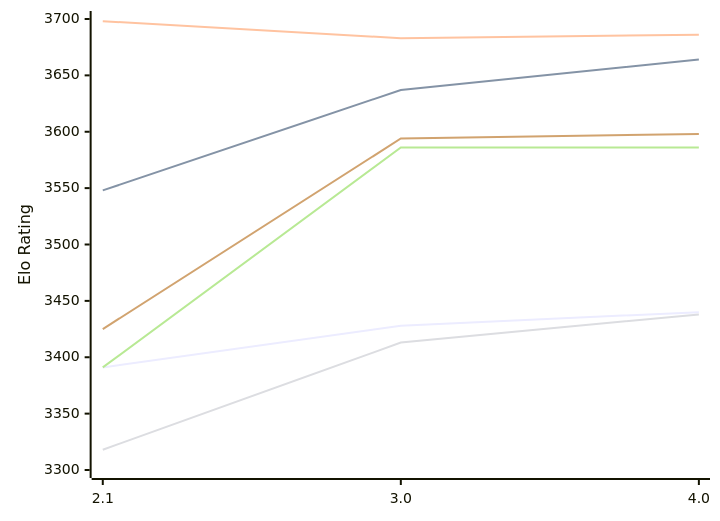
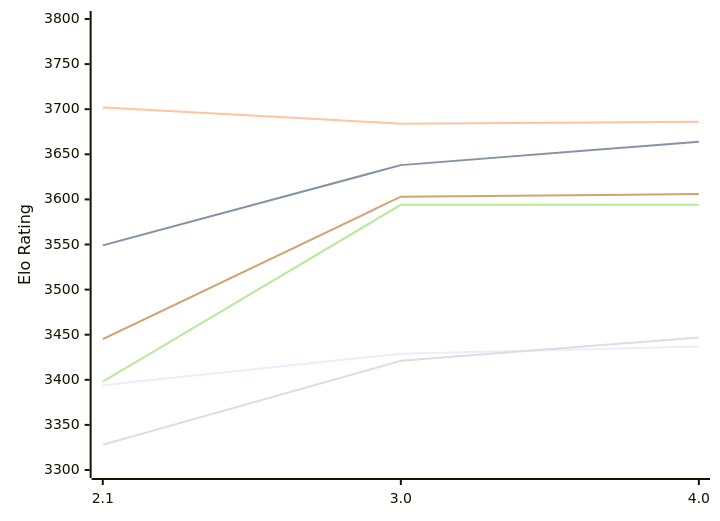
Before and after one commit to computer-chess-index/cci: the first of 2 diagrams in engines/Hobbes.md, drawn with Mermaid. The commit also changed other lines of this file, not shown here.

Commit message:
Update CCI Ratings (ELO VLTC) - 2026-11-25

````diff
--- a/engines/Hobbes.md
+++ b/engines/Hobbes.md
@@ -53,12 +53,12 @@
 ```mermaid
 %%{init: {"theme":"base","themeVariables":{"seriesColors:['#a3a3a3','#222221','#faa371']}}}%%
 xychart-beta
   x-axis ["2.1", "3.0", "4.0"]
-  y-axis "Elo Rating" 3300 --> 3700
-  line "E1: STC (8.0+0.08s)" [3391, 3428, 3440]
-  line "E1: LTC (60.0+0.60s)" [3548, 3637, 3664]
-  line "E1: VLTC (2m24s+1.12s)" [3698, 3683, 3686]
-  line "P1: STC (8.0+0.08s)" [3318, 3413, 3438]
-  line "P1: LTC (60.0+0.60s)" [3391, 3586, 3586]
-  line "P1: VLTC (2m24s+1.12s)" [3425, 3594, 3598]
+  y-axis "Elo Rating" 3300 --> 3800
+  line "E1: STC (8.0+0.08s)" [3394, 3429, 3437]
+  line "E1: LTC (60.0+0.60s)" [3549, 3638, 3664]
+  line "E1: VLTC (2m24s+1.12s)" [3702, 3684, 3686]
+  line "P1: STC (8.0+0.08s)" [3328, 3421, 3447]
+  line "P1: LTC (60.0+0.60s)" [3398, 3594, 3594]
+  line "P1: VLTC (2m24s+1.12s)" [3445, 3603, 3606]
 ```
````
